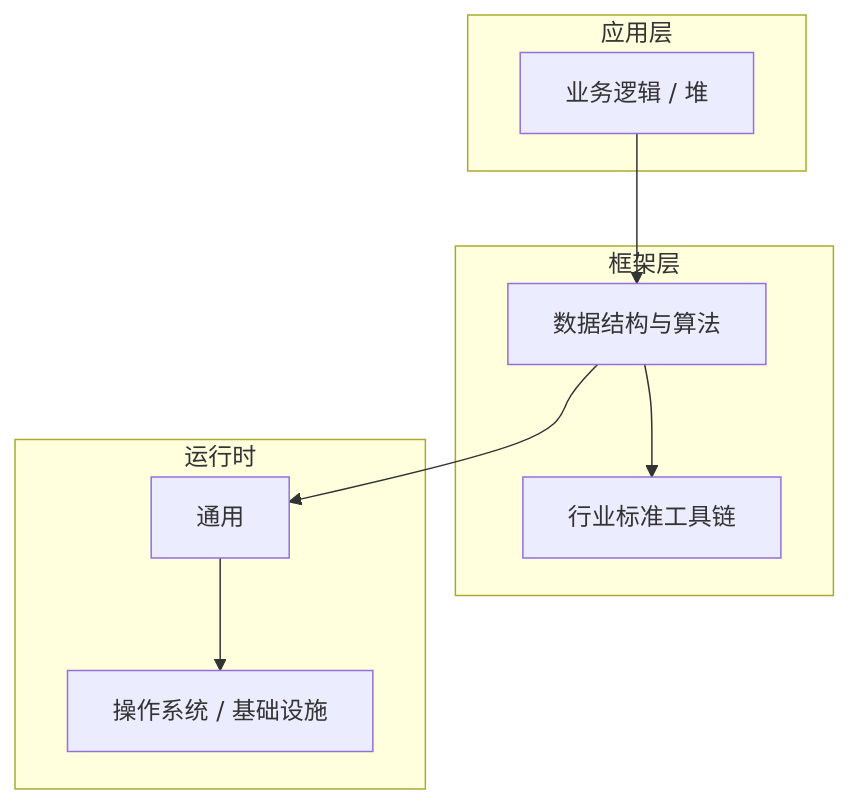
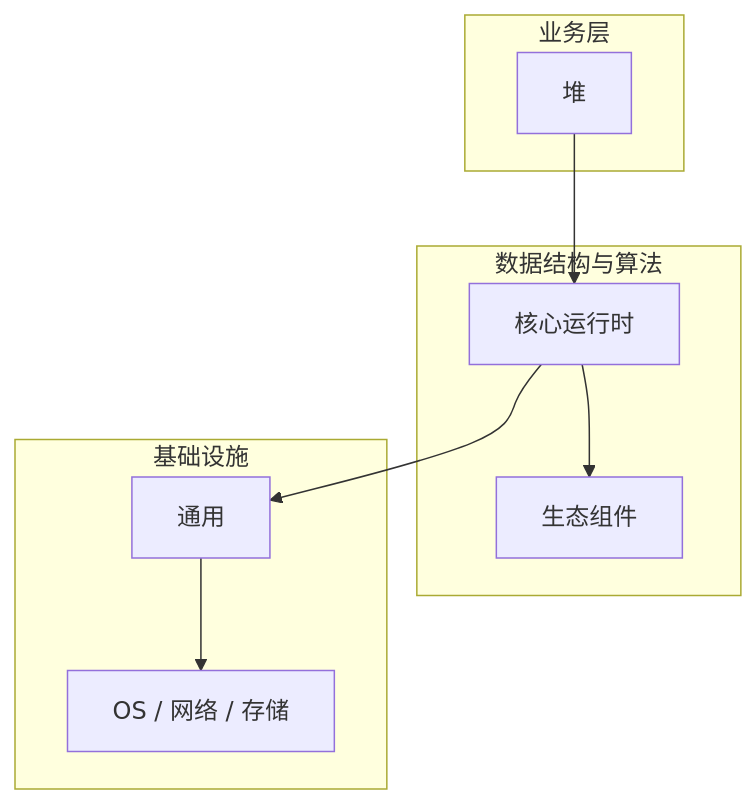
One commit to yanggan2015/knowledge-json-v2 changed the diagram in articles/数据结构与算法/chapters/089-堆核心概念与原理.md. Above: the diagram before and after it, drawn with Mermaid. The commit also changed other lines of this file and 10127 other files, not shown here.

````diff
--- a/articles/数据结构与算法/chapters/089-堆核心概念与原理.md
+++ b/articles/数据结构与算法/chapters/089-堆核心概念与原理.md
@@ -45,18 +30,18 @@
 ```mermaid
 graph TB
-    subgraph 应用层
-        A[业务逻辑 / 堆]
+    subgraph 业务层
+        A[堆]
     end
-    subgraph 框架层
-        B[数据结构与算法]
-        C[行业标准工具链]
+    subgraph 数据结构与算法
+        B[核心运行时]
+        C[生态组件]
     end
-    subgraph 运行时
+    subgraph 基础设施
         D[通用]
-        E[操作系统 / 基础设施]
+        E[OS / 网络 / 存储]
     end
     A --> B
     B --> C
     B --> D
     D --> E
 ```
````
